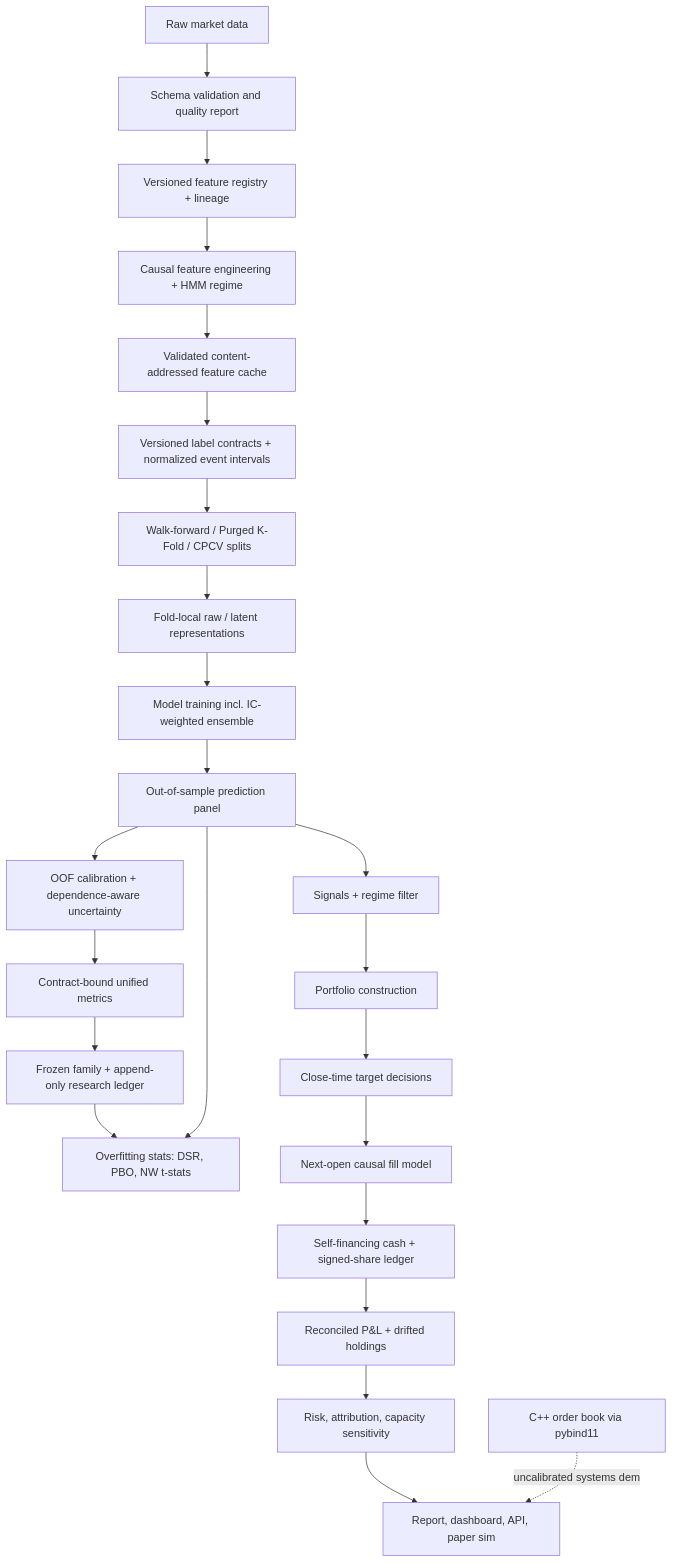
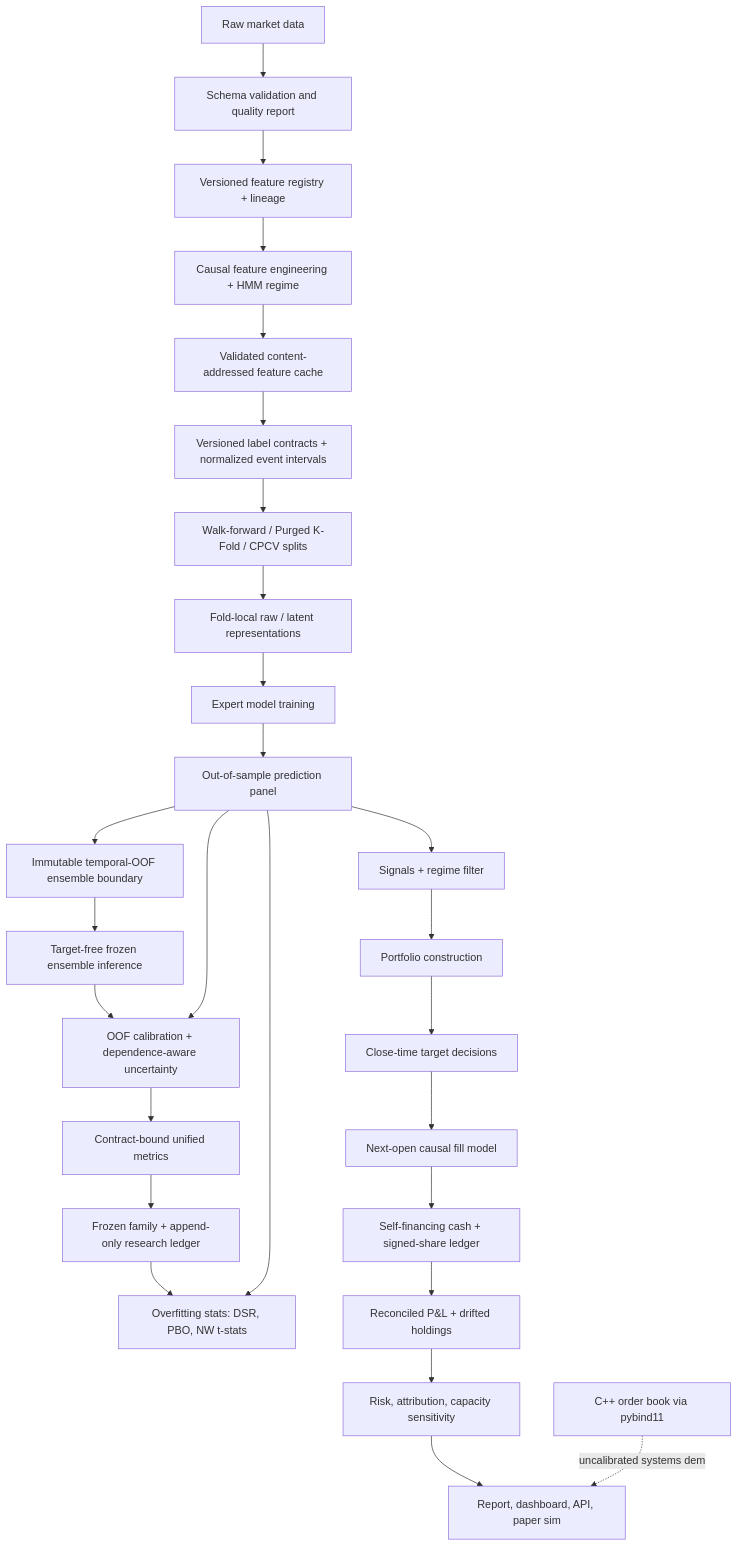
One commit to srgangaram-swe/AlphaForge changed the diagram in docs/architecture.md. Above: the diagram before and after it, drawn with Mermaid. The commit also changed other lines of this file and 29 other files, not shown here.

````diff
--- a/docs/architecture.md
+++ b/docs/architecture.md
@@ -5,26 +5,29 @@
 ```mermaid
 flowchart TD
     raw[Raw market data] --> validate[Schema validation and quality report]
     validate --> registry[Versioned feature registry + lineage]
     registry --> features[Causal feature engineering + HMM regime]
     features --> cache[Validated content-addressed feature cache]
     cache --> labels[Versioned label contracts + normalized event intervals]
     labels --> splits[Walk-forward / Purged K-Fold / CPCV splits]
     splits --> representations[Fold-local raw / latent representations]
-    representations --> models[Model training incl. IC-weighted ensemble]
+    representations --> models[Expert model training]
     models --> preds[Out-of-sample prediction panel]
+    preds --> ensembles[Immutable temporal-OOF ensemble boundary]
+    ensembles --> combined[Target-free frozen ensemble inference]
+    combined --> calibration
     preds --> calibration[OOF calibration + dependence-aware uncertainty]
     calibration --> metrics[Contract-bound unified metrics]
     metrics --> governance[Frozen family + append-only research ledger]
     governance --> overfit
     preds --> overfit[Overfitting stats: DSR, PBO, NW t-stats]
     preds --> signals[Signals + regime filter]
     signals --> portfolio[Portfolio construction]
     portfolio --> orders[Close-time target decisions]
     orders --> execution[Next-open causal fill model]
     execution --> ledger[Self-financing cash + signed-share ledger]
     ledger --> backtest[Reconciled P&L + drifted holdings]
     backtest --> risk[Risk, attribution, capacity sensitivity]
     risk --> outputs[Report, dashboard, API, paper sim]
     native[C++ order book via pybind11] -.uncalibrated systems demo.-> outputs
 ```
````
